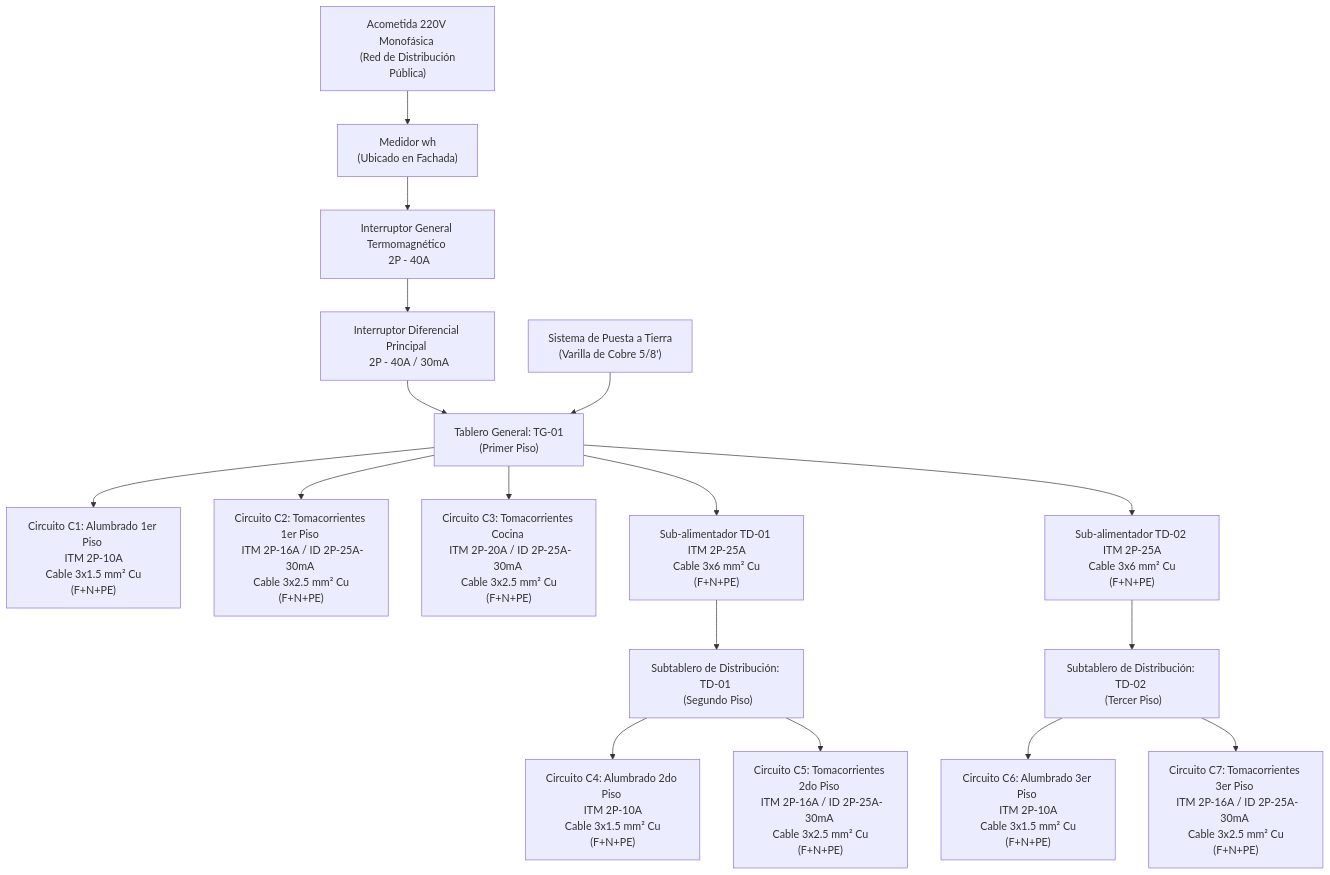
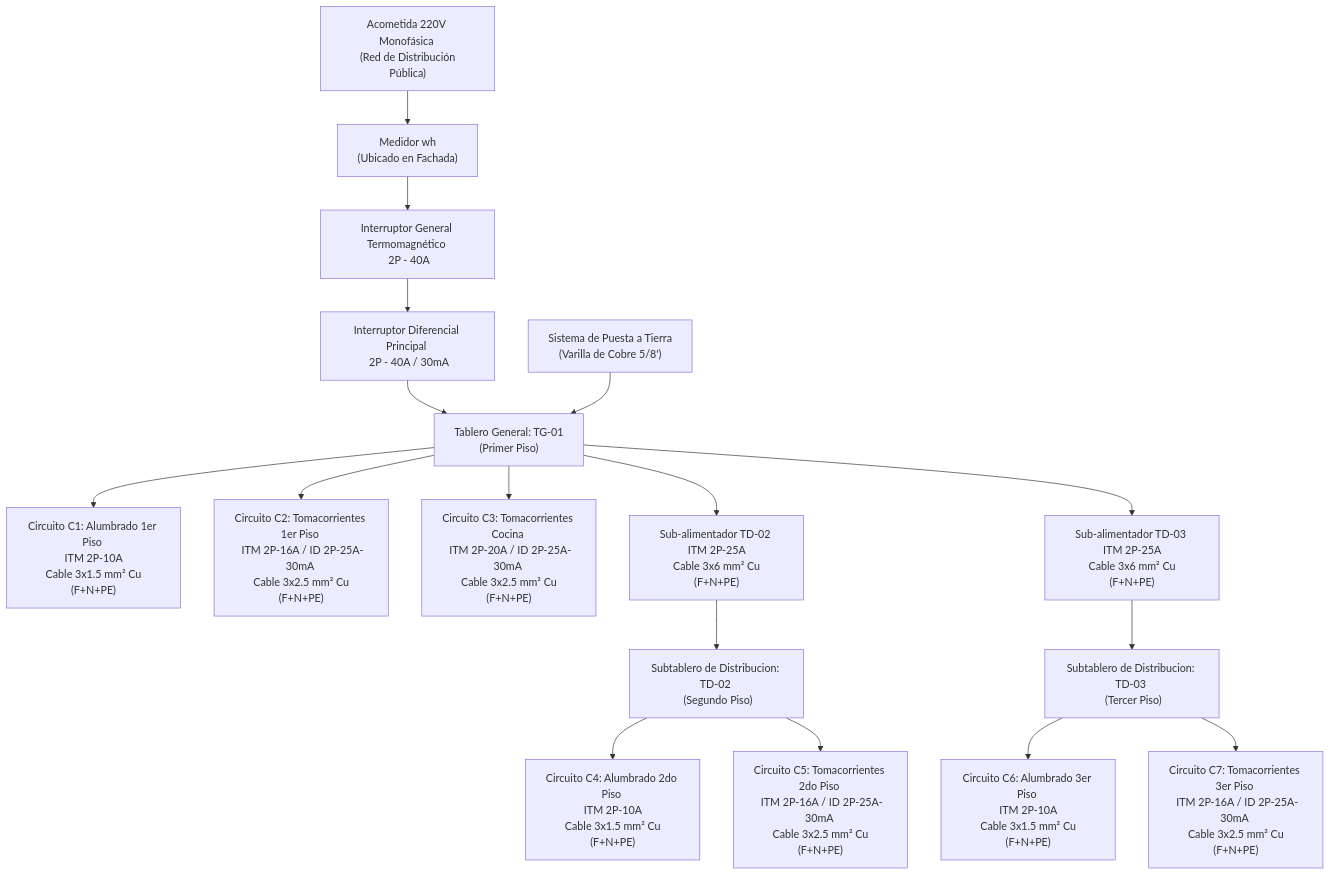
Before and after one commit to Aquiles-ryp360/instalacion-electricas: the diagram in proyectos/renzo/documentacion/reportes/diagramas-unifilares.md, drawn with Mermaid. The commit also changed other lines of this file and 30 other files, not shown here.

````diff
--- a/proyectos/renzo/documentacion/reportes/diagramas-unifilares.md
+++ b/proyectos/renzo/documentacion/reportes/diagramas-unifilares.md
@@ -12,26 +12,26 @@
 ```mermaid
 graph TD
     Acometida["Acometida 220V Monofásica <br> (Red de Distribución Pública)"]
     --> Medidor["Medidor wh <br> (Ubicado en Fachada)"]
     --> ITM_Gral["Interruptor General Termomagnético <br> 2P - 40A"]
     --> ID_Gral["Interruptor Diferencial Principal <br> 2P - 40A / 30mA"]
     --> TG01["Tablero General: TG-01 <br> (Primer Piso)"]
 
     TG01 --> C1["Circuito C1: Alumbrado 1er Piso <br> ITM 2P-10A <br> Cable 3x1.5 mm² Cu (F+N+PE)"]
     TG01 --> C2["Circuito C2: Tomacorrientes 1er Piso <br> ITM 2P-16A / ID 2P-25A-30mA <br> Cable 3x2.5 mm² Cu (F+N+PE)"]
     TG01 --> C3["Circuito C3: Tomacorrientes Cocina <br> ITM 2P-20A / ID 2P-25A-30mA <br> Cable 3x2.5 mm² Cu (F+N+PE)"]
     
-    TG01 --> Sub_TD01["Sub-alimentador TD-01 <br> ITM 2P-25A <br> Cable 3x6 mm² Cu (F+N+PE)"]
     TG01 --> Sub_TD02["Sub-alimentador TD-02 <br> ITM 2P-25A <br> Cable 3x6 mm² Cu (F+N+PE)"]
+    TG01 --> Sub_TD03["Sub-alimentador TD-03 <br> ITM 2P-25A <br> Cable 3x6 mm² Cu (F+N+PE)"]
 
-    Sub_TD01 --> TD01["Subtablero de Distribución: TD-01 <br> (Segundo Piso)"]
-    Sub_TD02 --> TD02["Subtablero de Distribución: TD-02 <br> (Tercer Piso)"]
+    Sub_TD02 --> TD02["Subtablero de Distribucion: TD-02 <br> (Segundo Piso)"]
+    Sub_TD03 --> TD03["Subtablero de Distribucion: TD-03 <br> (Tercer Piso)"]
 
-    TD01 --> C4["Circuito C4: Alumbrado 2do Piso <br> ITM 2P-10A <br> Cable 3x1.5 mm² Cu (F+N+PE)"]
-    TD01 --> C5["Circuito C5: Tomacorrientes 2do Piso <br> ITM 2P-16A / ID 2P-25A-30mA <br> Cable 3x2.5 mm² Cu (F+N+PE)"]
+    TD02 --> C4["Circuito C4: Alumbrado 2do Piso <br> ITM 2P-10A <br> Cable 3x1.5 mm² Cu (F+N+PE)"]
+    TD02 --> C5["Circuito C5: Tomacorrientes 2do Piso <br> ITM 2P-16A / ID 2P-25A-30mA <br> Cable 3x2.5 mm² Cu (F+N+PE)"]
 
-    TD02 --> C6["Circuito C6: Alumbrado 3er Piso <br> ITM 2P-10A <br> Cable 3x1.5 mm² Cu (F+N+PE)"]
-    TD02 --> C7["Circuito C7: Tomacorrientes 3er Piso <br> ITM 2P-16A / ID 2P-25A-30mA <br> Cable 3x2.5 mm² Cu (F+N+PE)"]
+    TD03 --> C6["Circuito C6: Alumbrado 3er Piso <br> ITM 2P-10A <br> Cable 3x1.5 mm² Cu (F+N+PE)"]
+    TD03 --> C7["Circuito C7: Tomacorrientes 3er Piso <br> ITM 2P-16A / ID 2P-25A-30mA <br> Cable 3x2.5 mm² Cu (F+N+PE)"]
     
     SPAT["Sistema de Puesta a Tierra <br> (Varilla de Cobre 5/8')"] --> TG01
 ```
````
